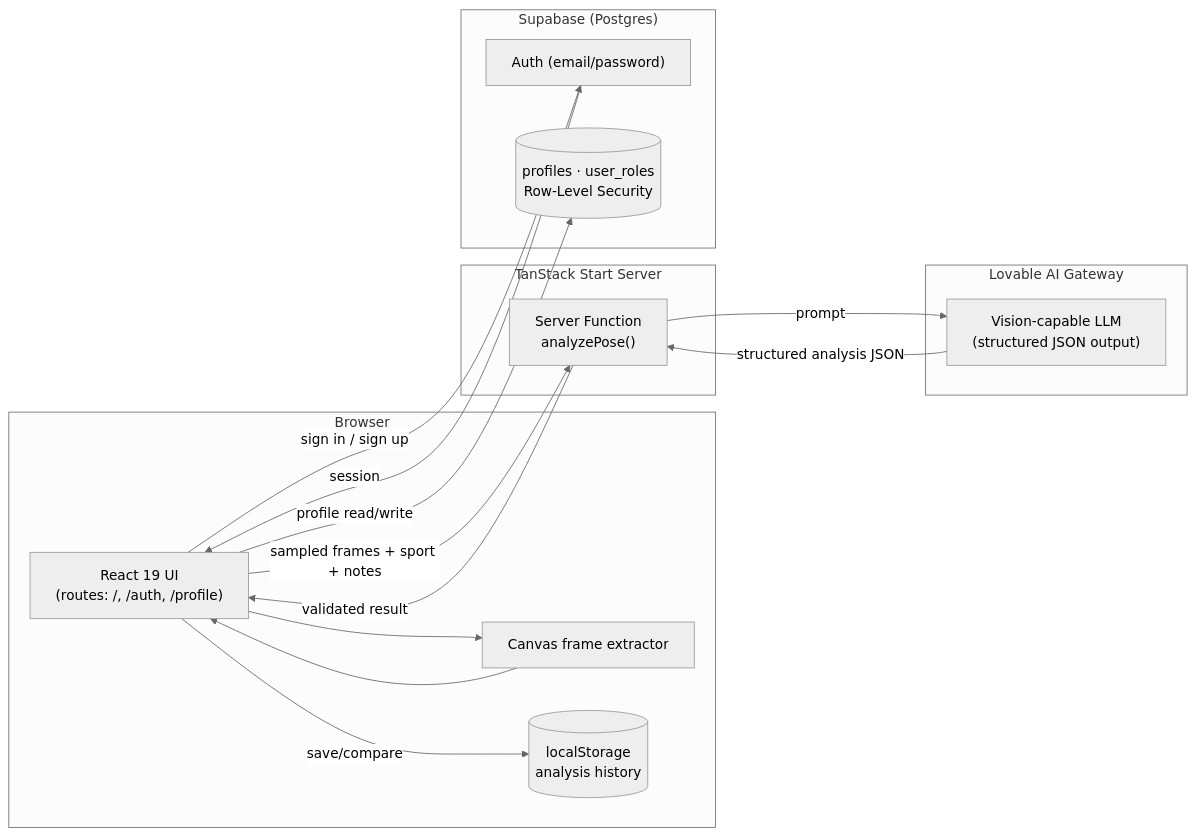
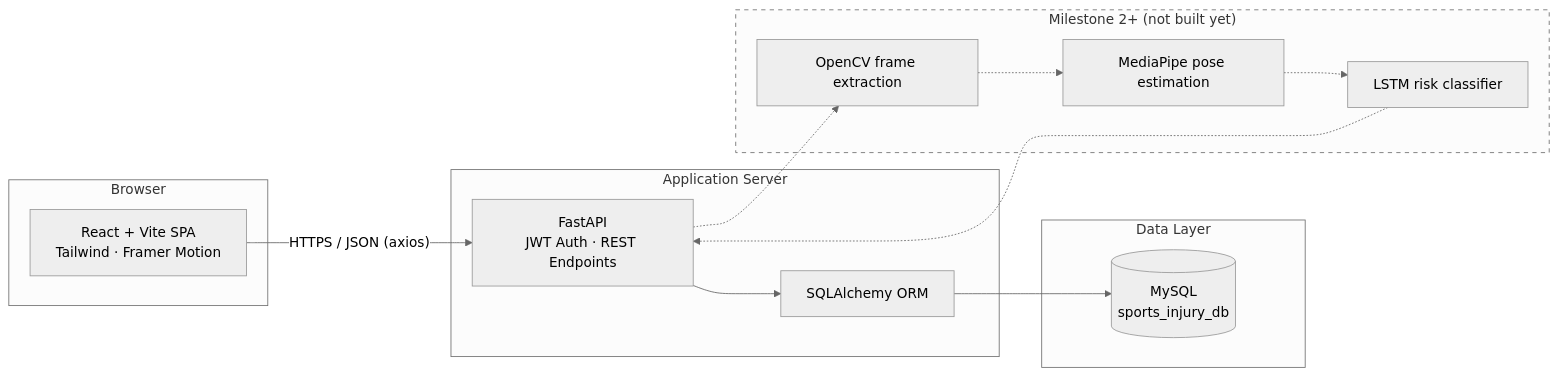
The diagram in architecture/system-architecture.md (Pratiksha3105/Sports_Injury_Detection), drawn with Mermaid (neutral theme) before and after one commit. The commit also changed other lines of this file and 98 other files, not shown here.

````diff
--- a/architecture/system-architecture.md
+++ b/architecture/system-architecture.md
@@ -3,32 +3,27 @@
 ```mermaid
 flowchart LR
-    subgraph Browser
-        UI["React 19 UI<br/>(routes: /, /auth, /profile)"]
-        Canvas["Canvas frame extractor"]
-        LS[("localStorage<br/>analysis history")]
+    subgraph Client["Browser"]
+        FE["React + Vite SPA<br/>Tailwind · Framer Motion"]
     end
 
-    subgraph Server["TanStack Start Server"]
-        SFN["Server Function<br/>analyzePose()"]
+    subgraph Server["Application Server"]
+        API["FastAPI<br/>JWT Auth · REST Endpoints"]
+        ORM["SQLAlchemy ORM"]
     end
 
-    subgraph Supabase["Supabase (Postgres)"]
-        Auth["Auth (email/password)"]
-        DB[("profiles · user_roles<br/>Row-Level Security")]
+    subgraph Data["Data Layer"]
+        DB[("MySQL<br/>sports_injury_db")]
     end
 
-    subgraph AI["Lovable AI Gateway"]
-        LLM["Vision-capable LLM<br/>(structured JSON output)"]
+    subgraph Future["Milestone 2+ (not built yet)"]
+        CV["OpenCV frame extraction"]
+        MP["MediaPipe pose estimation"]
+        LSTM["LSTM risk classifier"]
     end
 
-    UI -- "sign in / sign up" --> Auth
-    Auth -- "session" --> UI
-    UI -- "profile read/write" --> DB
+    FE -- "HTTPS / JSON (axios)" --> API
+    API --> ORM --> DB
+    API -.-> CV -.-> MP -.-> LSTM -.-> API
 
-    UI --> Canvas --> UI
-    UI -- "sampled frames + sport + notes" --> SFN
-    SFN -- "prompt" --> LLM
-    LLM -- "structured analysis JSON" --> SFN
-    SFN -- "validated result" --> UI
-    UI -- "save/compare" --> LS
+    style Future stroke-dasharray: 5 5
 ```
````
